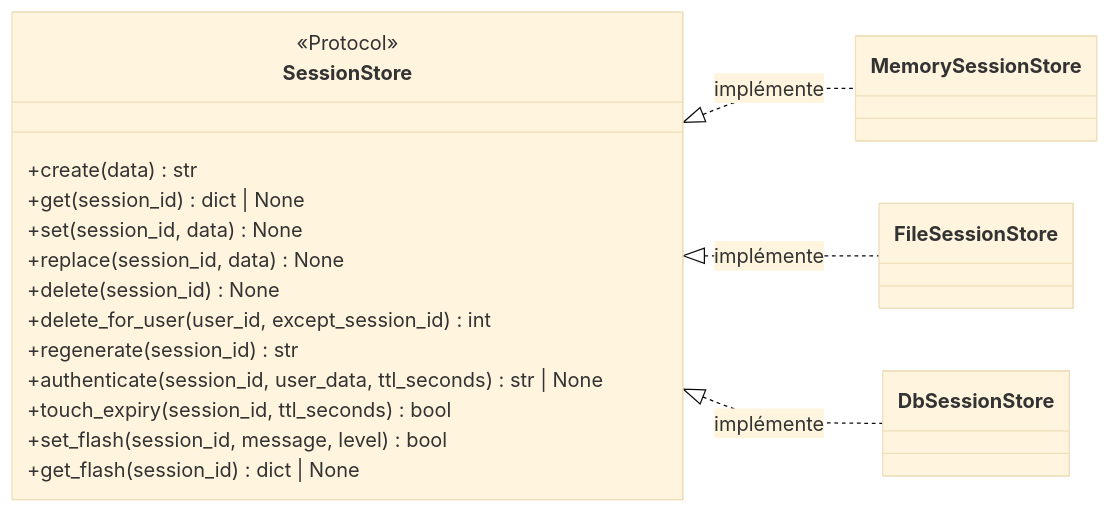
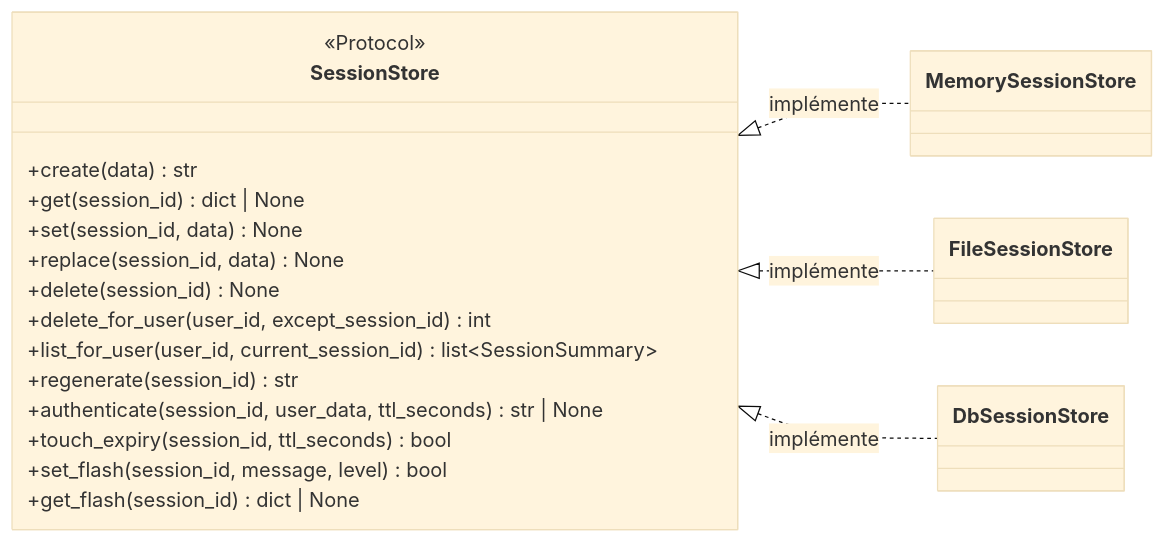
The diagram in core/sessions/docs/contract.md (caucrogeGit/Forge), drawn with Mermaid (base theme) before and after one commit. The commit also changed other lines of this file and 9 other files, not shown here.

````diff
--- a/core/sessions/docs/contract.md
+++ b/core/sessions/docs/contract.md
@@ -39,27 +39,28 @@
 ```mermaid
 classDiagram
     direction LR
 
     class SessionStore {
         <<Protocol>>
         +create(data) str
         +get(session_id) dict | None
         +set(session_id, data) None
         +replace(session_id, data) None
         +delete(session_id) None
         +delete_for_user(user_id, except_session_id) int
+        +list_for_user(user_id, current_session_id) list~SessionSummary~
         +regenerate(session_id) str
         +authenticate(session_id, user_data, ttl_seconds) str | None
         +touch_expiry(session_id, ttl_seconds) bool
         +set_flash(session_id, message, level) bool
         +get_flash(session_id) dict | None
     }
 
     class MemorySessionStore
     class FileSessionStore
     class DbSessionStore
 
     SessionStore <|.. MemorySessionStore : implémente
     SessionStore <|.. FileSessionStore : implémente
     SessionStore <|.. DbSessionStore : implémente
 ```
````
